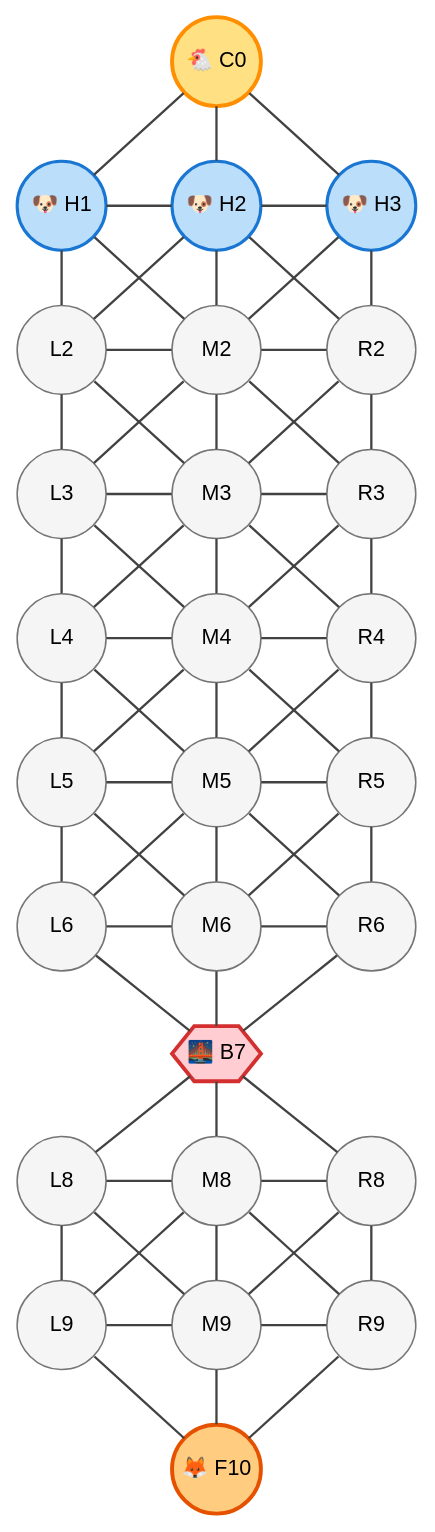
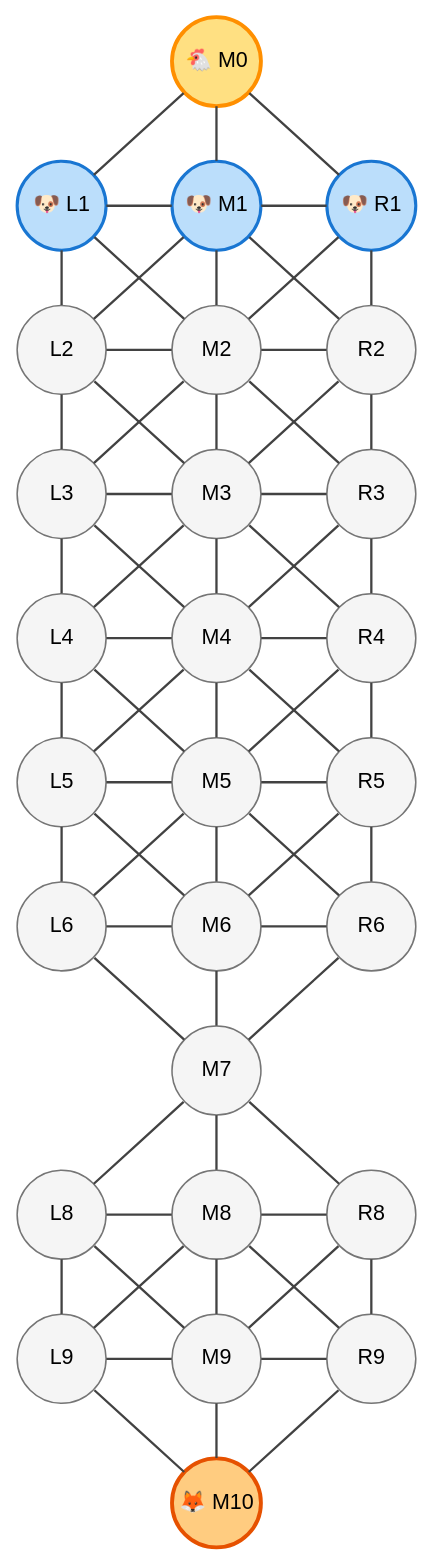
Before and after one commit to denisglotov/fox-and-hounds: the diagram in README.md, drawn with Graphviz. The commit also changed other lines of this file and 1 other file, not shown here.

Commit message:
externally generated graph with GraphvizOnline

````diff
--- a/README.md
+++ b/README.md
@@ -204,52 +64,52 @@
 ```dot
 graph FoxAndHounds {
     layout=dot;
     rankdir=TB;
     nodesep=0.6;
     ranksep=0.5;
 
     node [shape=circle, style=filled, fillcolor="#f5f5f5", color="#757575", fontname="Helvetica", width=0.8, fixedsize=true];
     edge [color="#424242", penwidth=1.5];
 
     // Explicit Horizontal Rank Alignment
-    { rank=same; C0 [label="🐔 C0", fillcolor="#ffe082", color="#ff8f00", penwidth=2.5]; }
-    { rank=same; H1 [label="🐶 H1", fillcolor="#bbdefb", color="#1976d2", penwidth=2.0]; H2 [label="🐶 H2", fillcolor="#bbdefb", color="#1976d2", penwidth=2.0]; H3 [label="🐶 H3", fillcolor="#bbdefb", color="#1976d2", penwidth=2.0]; }
+    { rank=same; M0 [label="🐔 M0", fillcolor="#ffe082", color="#ff8f00", penwidth=2.5]; }
+    { rank=same; L1 [label="🐶 L1", fillcolor="#bbdefb", color="#1976d2", penwidth=2.0]; M1 [label="🐶 M1", fillcolor="#bbdefb", color="#1976d2", penwidth=2.0]; R1 [label="🐶 R1", fillcolor="#bbdefb", color="#1976d2", penwidth=2.0]; }
     { rank=same; L2; M2; R2; }
     { rank=same; L3; M3; R3; }
     { rank=same; L4; M4; R4; }
     { rank=same; L5; M5; R5; }
     { rank=same; L6; M6; R6; }
-    { rank=same; B7 [label="🌉 B7", fillcolor="#ffcdd2", color="#d32f2f", penwidth=2.5, shape=hexagon]; }
+    { rank=same; M7 [label="M7"]; }
     { rank=same; L8; M8; R8; }
     { rank=same; L9; M9; R9; }
-    { rank=same; F10 [label="🦊 F10", fillcolor="#ffcc80", color="#e65100", penwidth=2.5]; }
+    { rank=same; M10 [label="🦊 M10", fillcolor="#ffcc80", color="#e65100", penwidth=2.5]; }
 
     // Row 0 <-> Row 1
-    C0 -- {H1; H2; H3};
+    M0 -- {L1; M1; R1};
 
     // Horizontal Row Edges
-    H1 -- H2 -- H3;
+    L1 -- M1 -- R1;
     L2 -- M2 -- R2;
     L3 -- M3 -- R3;
     L4 -- M4 -- R4;
     L5 -- M5 -- R5;
     L6 -- M6 -- R6;
     L8 -- M8 -- R8;
     L9 -- M9 -- R9;
 
     // Symmetric North Field Edges (Rows 1 to 6)
-    H1 -- {L2; M2};  H2 -- {L2; M2; R2};  H3 -- {M2; R2};
+    L1 -- {L2; M2};  M1 -- {L2; M2; R2};  R1 -- {M2; R2};
     L2 -- {L3; M3};  M2 -- {L3; M3; R3};  R2 -- {M3; R3};
     L3 -- {L4; M4};  M3 -- {L4; M4; R4};  R3 -- {M4; R4};
     L4 -- {L5; M5};  M4 -- {L5; M5; R5};  R4 -- {M5; R5};
     L5 -- {L6; M6};  M5 -- {L6; M6; R6};  R5 -- {M6; R6};
 
     // Bottleneck River Bridge (Row 6 <-> Row 7 <-> Row 8)
-    {L6; M6; R6} -- B7;
-    B7 -- {L8; M8; R8};
+    {L6; M6; R6} -- M7;
+    M7 -- {L8; M8; R8};
 
     // Symmetric South Field Edges (Rows 8 to 10)
     L8 -- {L9; M9};  M8 -- {L9; M9; R9};  R8 -- {M9; R9};
-    {L9; M9; R9} -- F10;
+    {L9; M9; R9} -- M10;
 }
 ```
````
